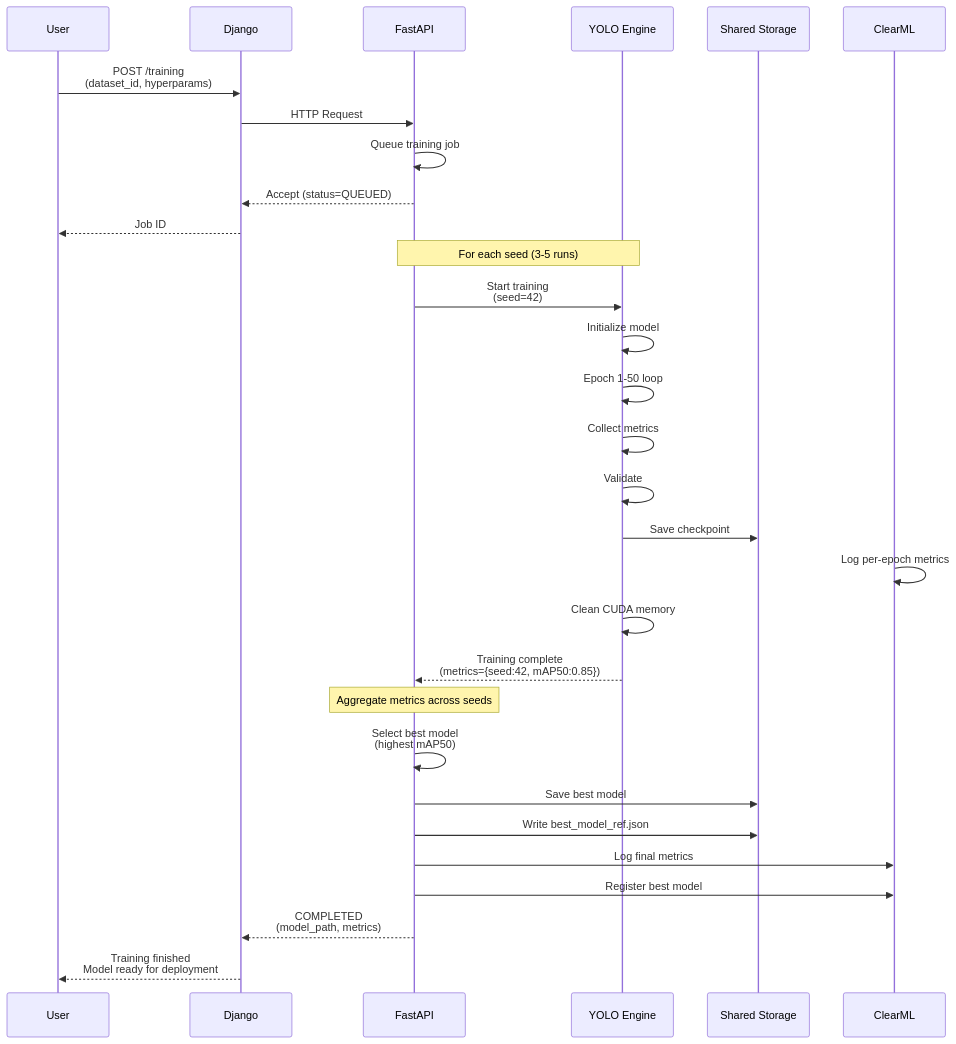
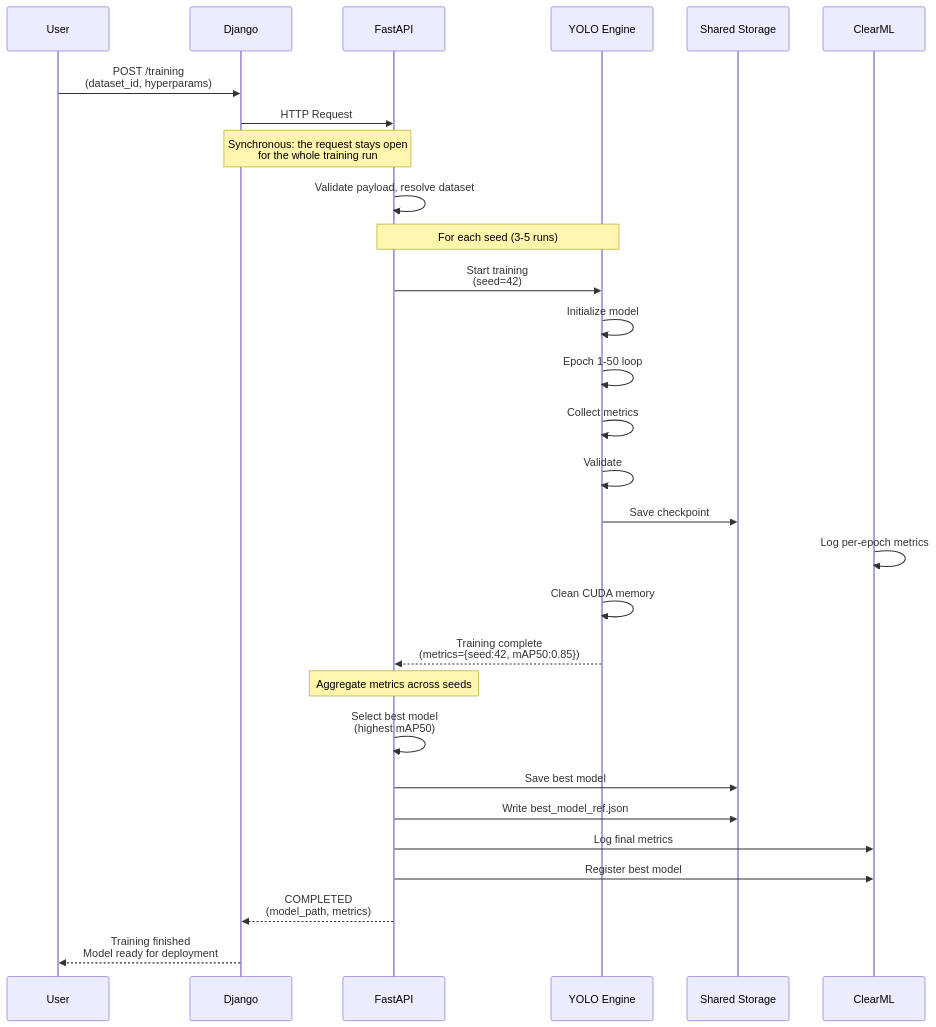
The diagram in diagrams/training-flow.mmd (maaferna/yolo-training-inference-orchestration-architecture), drawn with Mermaid before and after one commit. The commit also changed 8 other files, not shown here.

```diff
--- a/diagrams/training-flow.mmd
+++ b/diagrams/training-flow.mmd
@@ -1,36 +1,35 @@
 sequenceDiagram
     participant User
     participant Django
     participant FastAPI
     participant YOLO as YOLO Engine
     participant Storage as Shared Storage
     participant ClearML
     
     User->>Django: POST /training<br/>(dataset_id, hyperparams)
     Django->>FastAPI: HTTP Request
-    FastAPI->>FastAPI: Queue training job
-    FastAPI-->>Django: Accept (status=QUEUED)
-    Django-->>User: Job ID
+    Note over Django,FastAPI: Synchronous: the request stays open<br/>for the whole training run
+    FastAPI->>FastAPI: Validate payload, resolve dataset
     
     Note over FastAPI,YOLO: For each seed (3-5 runs)
     FastAPI->>YOLO: Start training<br/>(seed=42)
     YOLO->>YOLO: Initialize model
     YOLO->>YOLO: Epoch 1-50 loop
     YOLO->>YOLO: Collect metrics
     YOLO->>YOLO: Validate
     YOLO->>Storage: Save checkpoint
     ClearML->>ClearML: Log per-epoch metrics
     YOLO->>YOLO: Clean CUDA memory
     
     YOLO-->>FastAPI: Training complete<br/>(metrics={seed:42, mAP50:0.85})
     
     Note over FastAPI: Aggregate metrics across seeds
     FastAPI->>FastAPI: Select best model<br/>(highest mAP50)
     FastAPI->>Storage: Save best model
     FastAPI->>Storage: Write best_model_ref.json
     
     FastAPI->>ClearML: Log final metrics
     FastAPI->>ClearML: Register best model
     
     FastAPI-->>Django: COMPLETED<br/>(model_path, metrics)
     Django-->>User: Training finished<br/>Model ready for deployment
```
